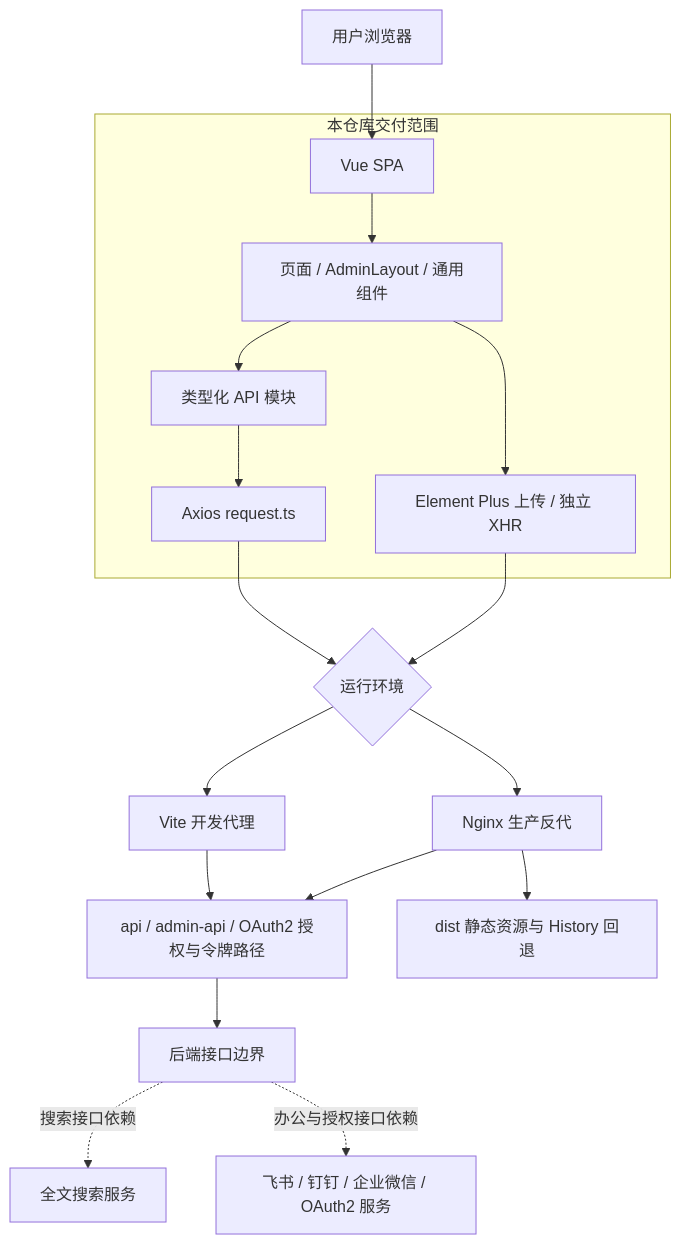
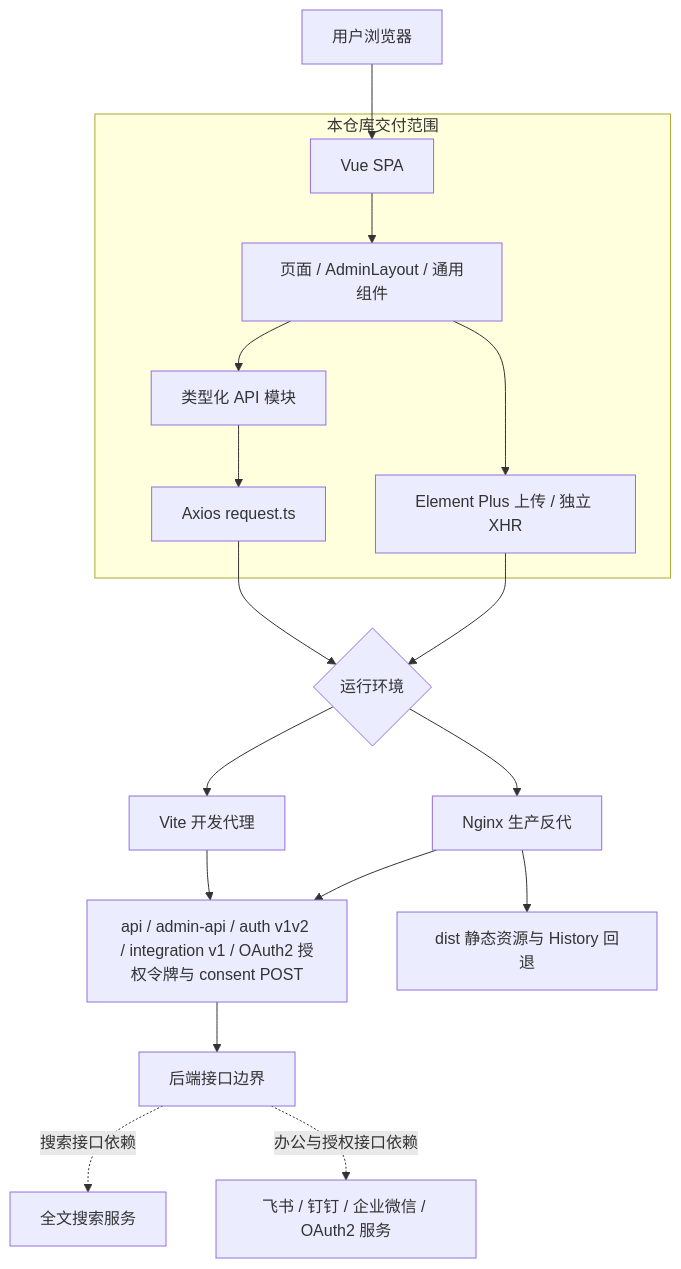
One commit to apex-cloud-service/apex-admin-web changed the first of 15 diagrams in AGENTS.md. Above: the diagram before and after it, drawn with Mermaid. The commit also changed other lines of this file and 75 other files, not shown here.

````diff
--- a/AGENTS.md
+++ b/AGENTS.md
@@ -102,20 +104,20 @@
 ```mermaid
 flowchart TB
     U[用户浏览器] --> SPA[Vue SPA]
     subgraph Frontend[本仓库交付范围]
         SPA --> UI[页面 / AdminLayout / 通用组件]
         UI --> API[类型化 API 模块]
         API --> HTTP[Axios request.ts]
         UI --> UP[Element Plus 上传 / 独立 XHR]
     end
     HTTP --> G{运行环境}
     UP --> G
     G --> DEV[Vite 开发代理]
     G --> PROD[Nginx 生产反代]
-    DEV --> PATH[api / admin-api / OAuth2 授权与令牌路径]
+    DEV --> PATH[api / admin-api / auth v1v2 / integration v1 / OAuth2 授权令牌与 consent POST]
     PROD --> PATH
     PATH --> BE[后端接口边界]
     BE -.搜索接口依赖.-> SEARCH[全文搜索服务]
     BE -.办公与授权接口依赖.-> EXT[飞书 / 钉钉 / 企业微信 / OAuth2 服务]
     PROD --> STATIC[dist 静态资源与 History 回退]
 ```
````
